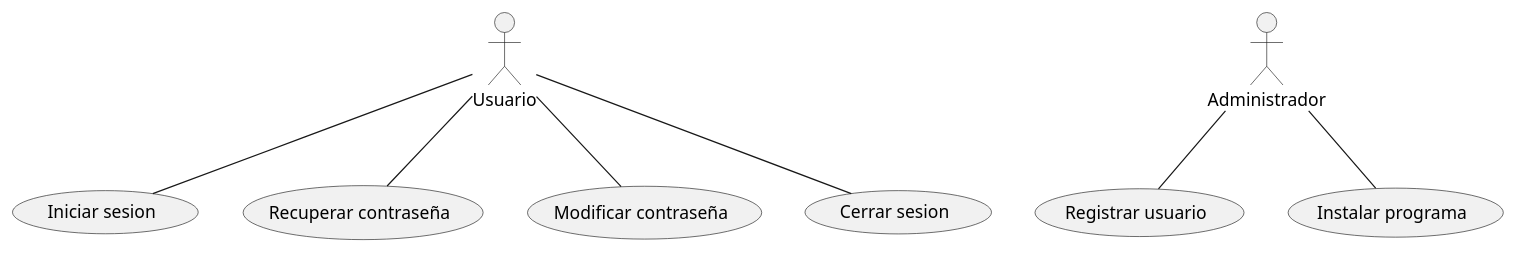
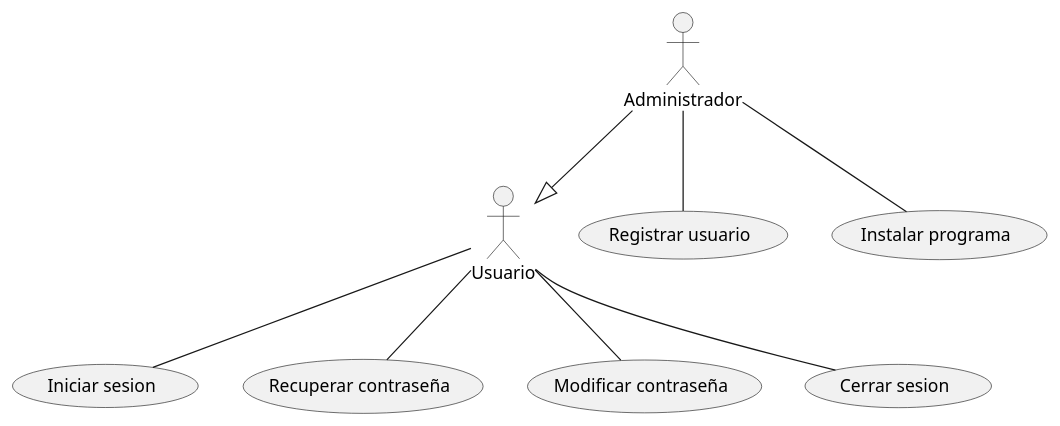
One commit to Ivandorum/C_D_UsosUML changed the diagram in Usuarios_Y_Admins.puml. Above: the diagram before and after it, drawn with PlantUML.

Commit message:
Los administradores son  un tipo de usuario

```diff
--- a/Usuarios_Y_Admins.puml
+++ b/Usuarios_Y_Admins.puml
@@ -1,13 +1,14 @@
 @startuml
 
 :Usuario: as user
 user -- (Iniciar sesion)
 user -- (Recuperar contraseña)
 user -- (Modificar contraseña)
 user -- (Cerrar sesion)
 :Administrador: as admin
 admin -- (Registrar usuario)
 admin -- (Instalar programa)
 
+admin --|> user
 
 @enduml
```
